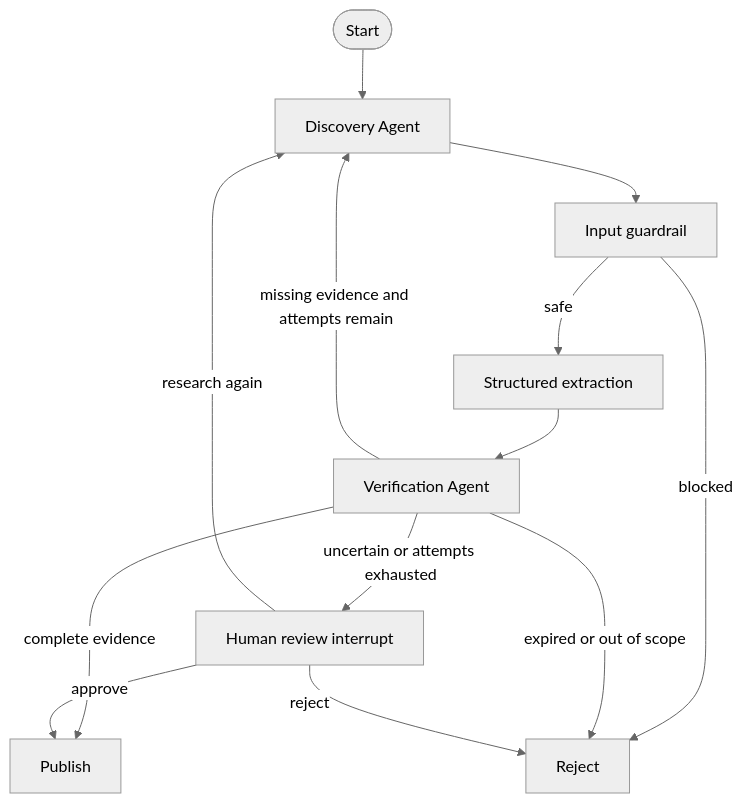
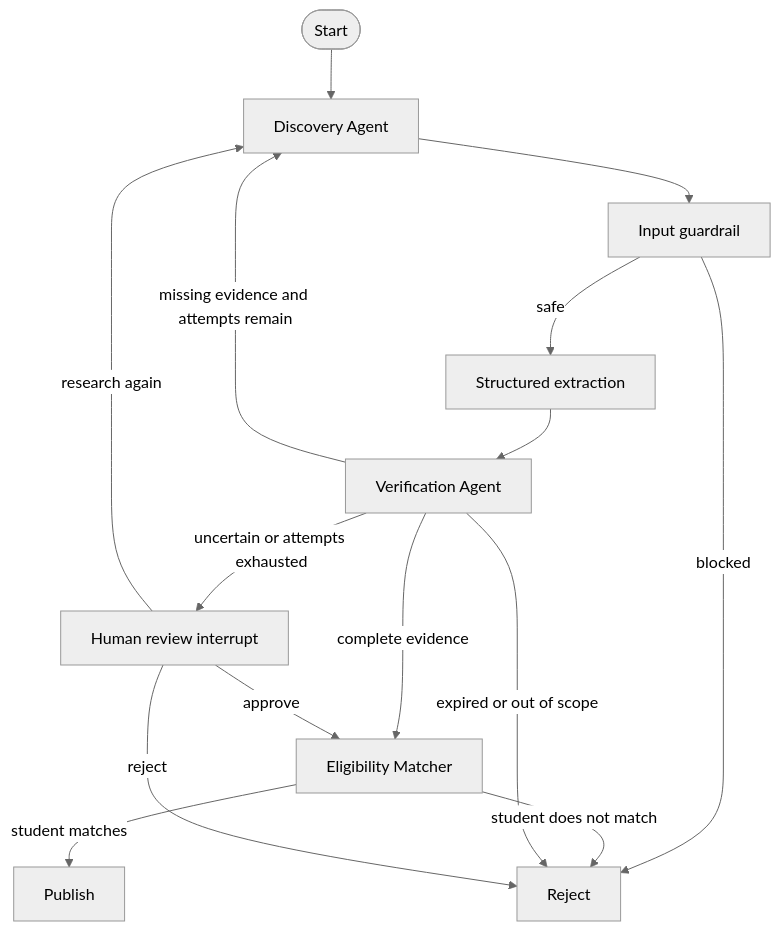
The diagram in docs/architecture.md (K7Ax/NabaaAgent), drawn with Mermaid (neutral theme) before and after one commit. The commit also changed other lines of this file and 29 other files, not shown here.

````diff
--- a/docs/architecture.md
+++ b/docs/architecture.md
@@ -11,15 +11,17 @@
 ```mermaid
 flowchart TD
     S([Start]) --> D[Discovery Agent]
     D --> G[Input guardrail]
     G -->|safe| E[Structured extraction]
     G -->|blocked| X[Reject]
     E --> V[Verification Agent]
-    V -->|complete evidence| P[Publish]
+    V -->|complete evidence| M[Eligibility Matcher]
+    M -->|student matches| P[Publish]
+    M -->|student does not match| X
     V -->|missing evidence and attempts remain| D
     V -->|uncertain or attempts exhausted| H[Human review interrupt]
     V -->|expired or out of scope| X
-    H -->|approve| P
+    H -->|approve| M
     H -->|research again| D
     H -->|reject| X
 ```
````
